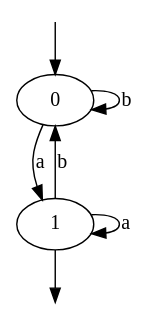
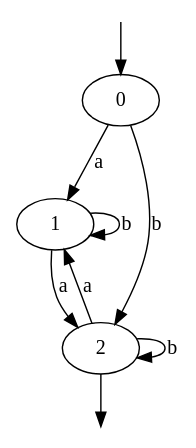
One commit to omarelhorre/automate changed the diagram in automateMinimaliste.dot. Above: the diagram before and after it, drawn with Graphviz. The commit also changed 7 other files, not shown here.

```diff
--- a/automateMinimaliste.dot
+++ b/automateMinimaliste.dot
@@ -1,10 +1,12 @@
 digraph G {
 init [shape=point shape=point style=filled, fillcolor=white color=white];
 fin [shape=point shape=point style=filled, fillcolor=white color=white];
 init -> 0;
-0 -> 0 [label="b"];
 0 -> 1 [label="a"];
-1 -> 0 [label="b"];
-1 -> 1 [label="a"];
-1 -> fin;
+0 -> 2 [label="b"];
+1 -> 2 [label="a"];
+1 -> 1 [label="b"];
+2 -> 1 [label="a"];
+2 -> 2 [label="b"];
+2 -> fin;
 }
```
